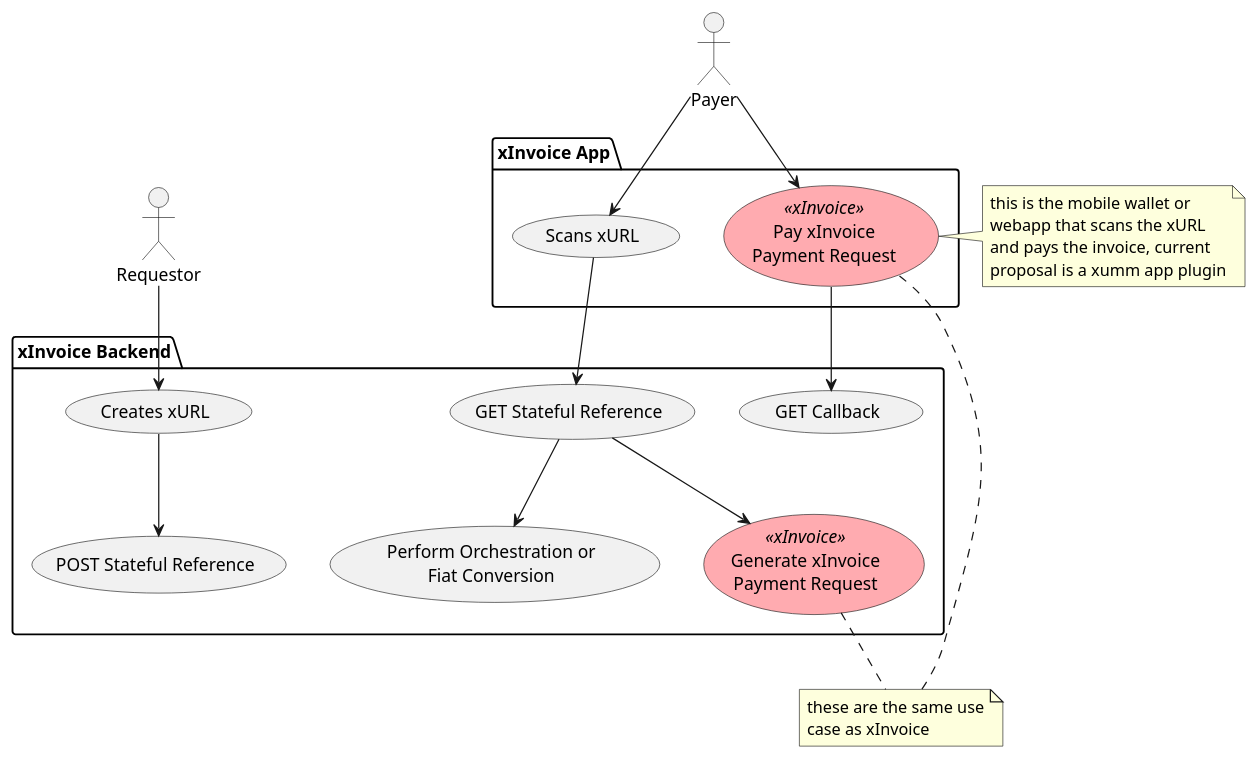
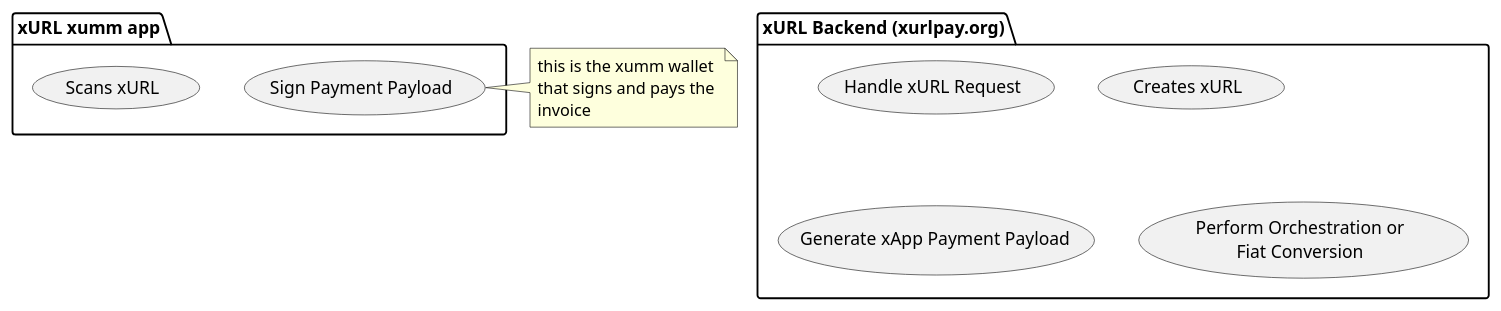
One commit to claytantor/xrpl-poc-python changed the diagram in docs/xurl-use.puml. Above: the diagram before and after it, drawn with PlantUML.

Commit message:
next rev of whitepaper

```diff
--- a/docs/xurl-use.puml
+++ b/docs/xurl-use.puml
@@ -1,42 +1,39 @@
 @startuml xurl_usecase
 
 skinparam usecase {
     BackgroundColor<< xInvoice >> #ffabb0
 }
 
-package "xInvoice App" {
+package "xURL xumm app" {
     (Scans xURL)
-    (Pay xInvoice\nPayment Request) as (PayInvoice)<<xInvoice>>
+    (Sign Payment Payload) as (SignPayment)
 }
 note right
-this is the mobile wallet or 
-webapp that scans the xURL 
-and pays the invoice, current 
-proposal is a xumm app plugin
+this is the xumm wallet 
+that signs and pays the 
+invoice
 end note
 
-package "xInvoice Backend" {
-    (GET Callback)
+package "xURL Backend (xurlpay.org)" {
+    (Handle xURL Request)
     (Creates xURL)
-    (Generate xInvoice\nPayment Request) as (GenerateInvoice)<<xInvoice>>
-    (POST Stateful Reference)
+    (Generate xApp Payment Payload) as (GeneratePayload)
     (Perform Orchestration or\nFiat Conversion) as (Orchestrate)
-    (GET Stateful Reference)
 }
 
-Requestor-->(Creates xURL)
-(Creates xURL)-->(POST Stateful Reference)
+' Requestor-->(Creates xURL)
+' (Creates xURL)-->(POST Stateful Reference)
 
-Payer-->(Scans xURL)
-(Scans xURL)-->(GET Stateful Reference)
-(GET Stateful Reference)-->(Orchestrate)
-(GET Stateful Reference)-->(GenerateInvoice)
+' Payer-->(Scans xURL)
+' (Scans xURL)-->(GET Stateful Reference)
+' (GET Stateful Reference)-->(Orchestrate)
+' (GET Stateful Reference)-->(GenerateInvoice)
 
-Payer-->(PayInvoice)
-(PayInvoice)-->(GET Callback)
+' Payer-->(PayInvoice)
+' (PayInvoice)-->(GET Callback)
 
-note "these are the same use\ncase as xInvoice " as N2
-(GenerateInvoice) .. N2
-N2 .. (PayInvoice)
+' note "these are the same use\ncase as xInvoice " as N2
+' (GenerateInvoice) .. N2
+' N2 .. (PayInvoice)
 
 @enduml
```
